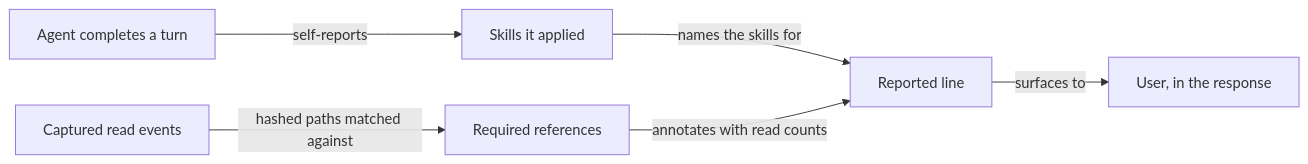
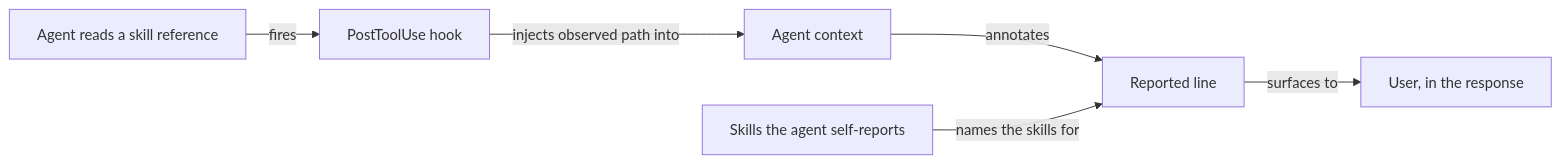
One commit to kirinmurphy/harness_configs changed the sixth of 7 diagrams in docs/plans/active/agent-config-skill-reference-compliance.md. Above: the diagram before and after it, drawn with Mermaid. The commit also changed other lines of this file, not shown here.

````diff
--- a/docs/plans/active/agent-config-skill-reference-compliance.md
+++ b/docs/plans/active/agent-config-skill-reference-compliance.md
@@ -340,8 +340,8 @@
 ```mermaid
 flowchart LR
-    A[Agent completes a turn] -->|self-reports| S[Skills it applied]
-    C[Captured read events] -->|hashed paths matched against| R[Required references]
-    S -->|names the skills for| L[Reported line]
-    R -->|annotates with read counts| L
+    A[Agent reads a skill reference] -->|fires| H[PostToolUse hook]
+    H -->|injects observed path into| C[Agent context]
+    C -->|annotates| L[Reported line]
+    S[Skills the agent self-reports] -->|names the skills for| L
     L -->|surfaces to| U[User, in the response]
 ```
````
